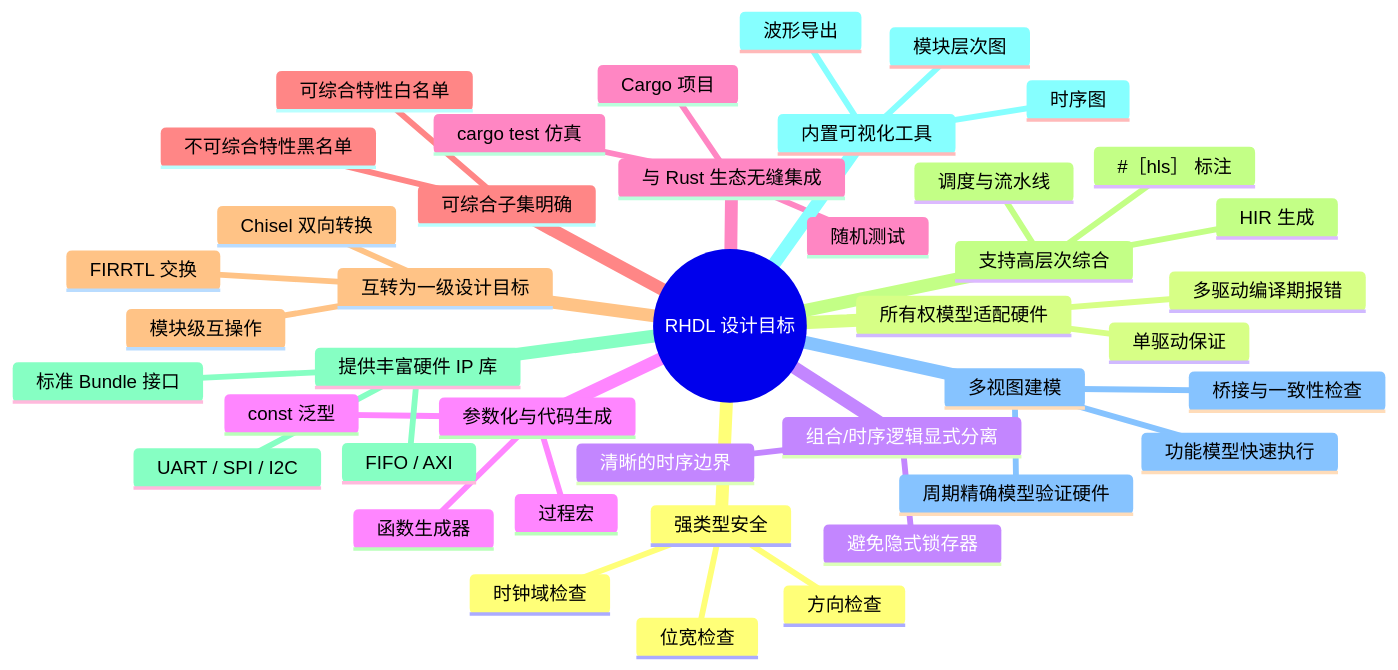
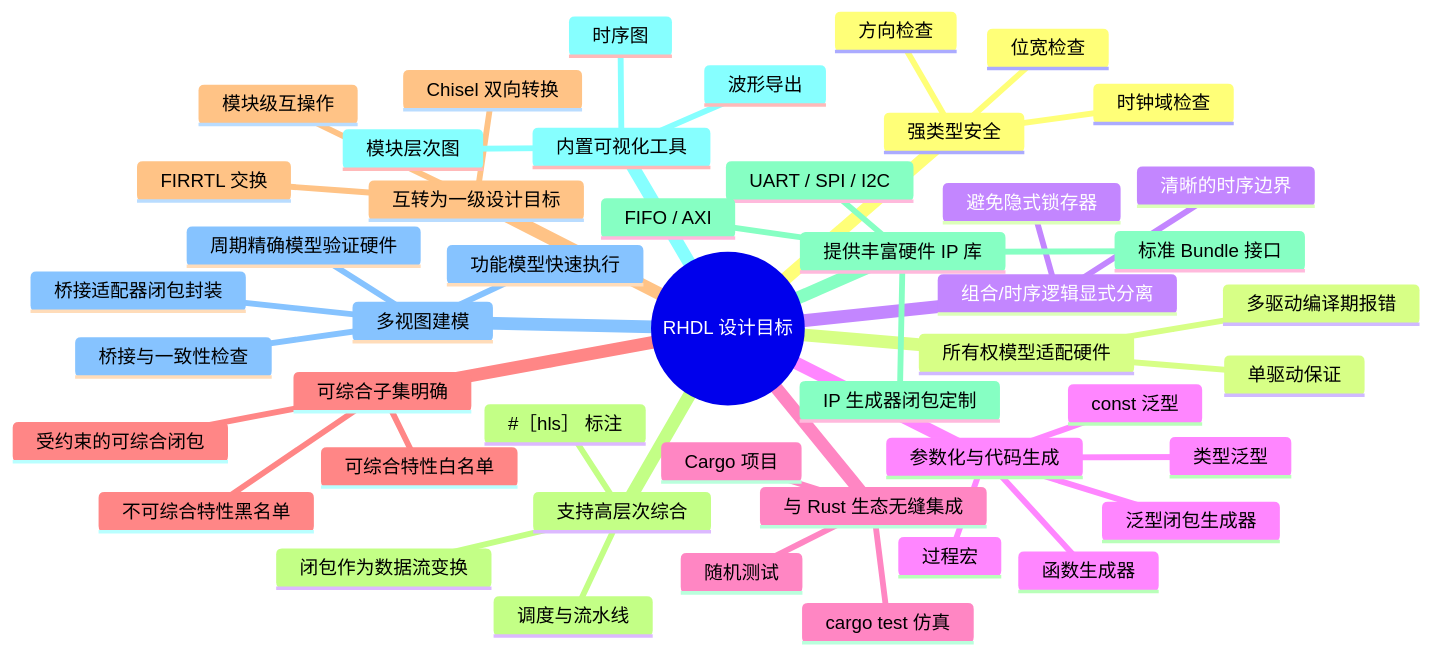
One commit to TangCan/bitloom changed the first of 25 diagrams in docs/requirements/2. 设计目标.md. Above: the diagram before and after it, drawn with Mermaid. The commit also changed other lines of this file and 17 other files, not shown here.

````diff
--- a/docs/requirements/2. 设计目标.md
+++ b/docs/requirements/2. 设计目标.md
@@ -9,46 +7,50 @@
 ```mermaid
 mindmap
   root((RHDL 设计目标))
     强类型安全
       位宽检查
       方向检查
       时钟域检查
     所有权模型适配硬件
       单驱动保证
       多驱动编译期报错
     组合/时序逻辑显式分离
       避免隐式锁存器
       清晰的时序边界
     参数化与代码生成
       const 泛型
+      类型泛型
+      函数生成器
       过程宏
-      函数生成器
+      泛型闭包生成器
     与 Rust 生态无缝集成
       Cargo 项目
       cargo test 仿真
       随机测试
     可综合子集明确
       可综合特性白名单
       不可综合特性黑名单
+      受约束的可综合闭包
     互转为一级设计目标
       FIRRTL 交换
       Chisel 双向转换
       模块级互操作
     支持高层次综合
       #［hls］ 标注
       调度与流水线
-      HIR 生成
+      闭包作为数据流变换
     提供丰富硬件 IP 库
       UART / SPI / I2C
       FIFO / AXI
       标准 Bundle 接口
+      IP 生成器闭包定制
     内置可视化工具
       模块层次图
       时序图
       波形导出
     多视图建模
       功能模型快速执行
       周期精确模型验证硬件
       桥接与一致性检查
-
+      桥接适配器闭包封装
 ```
````
